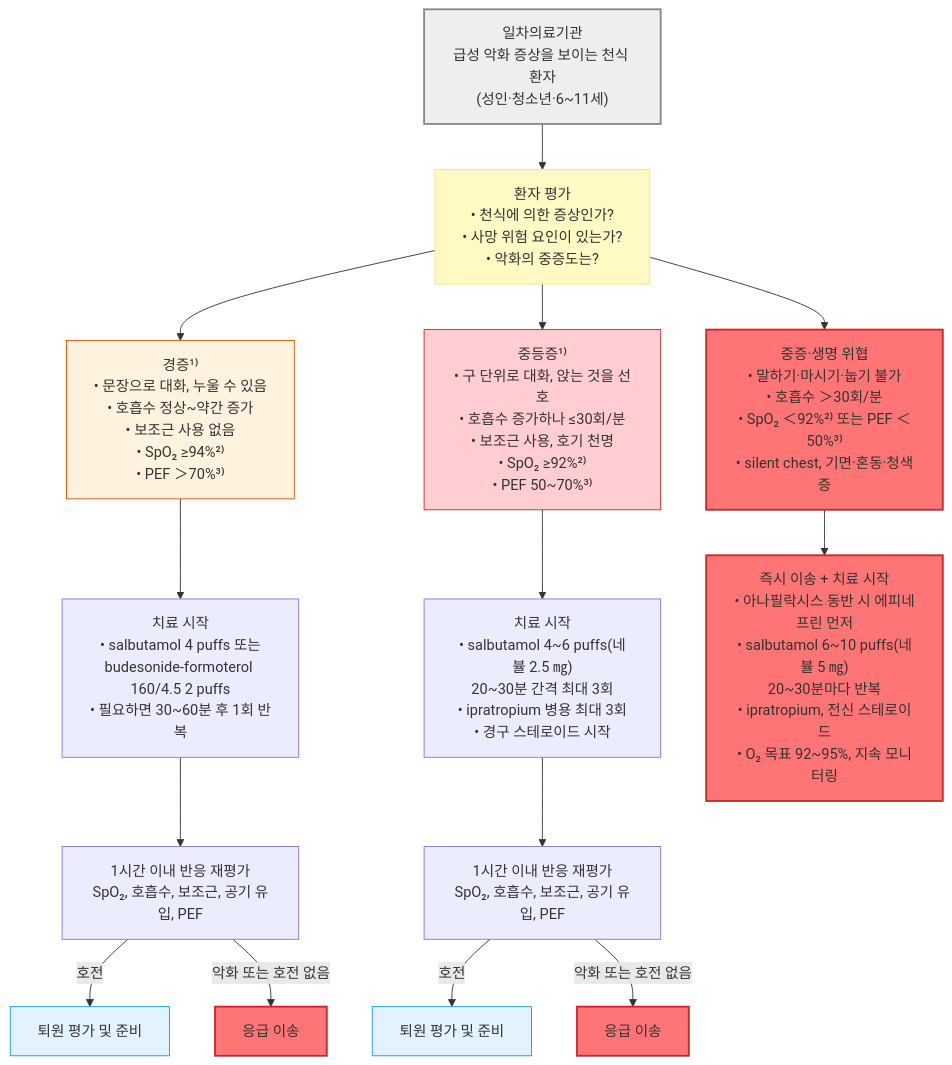
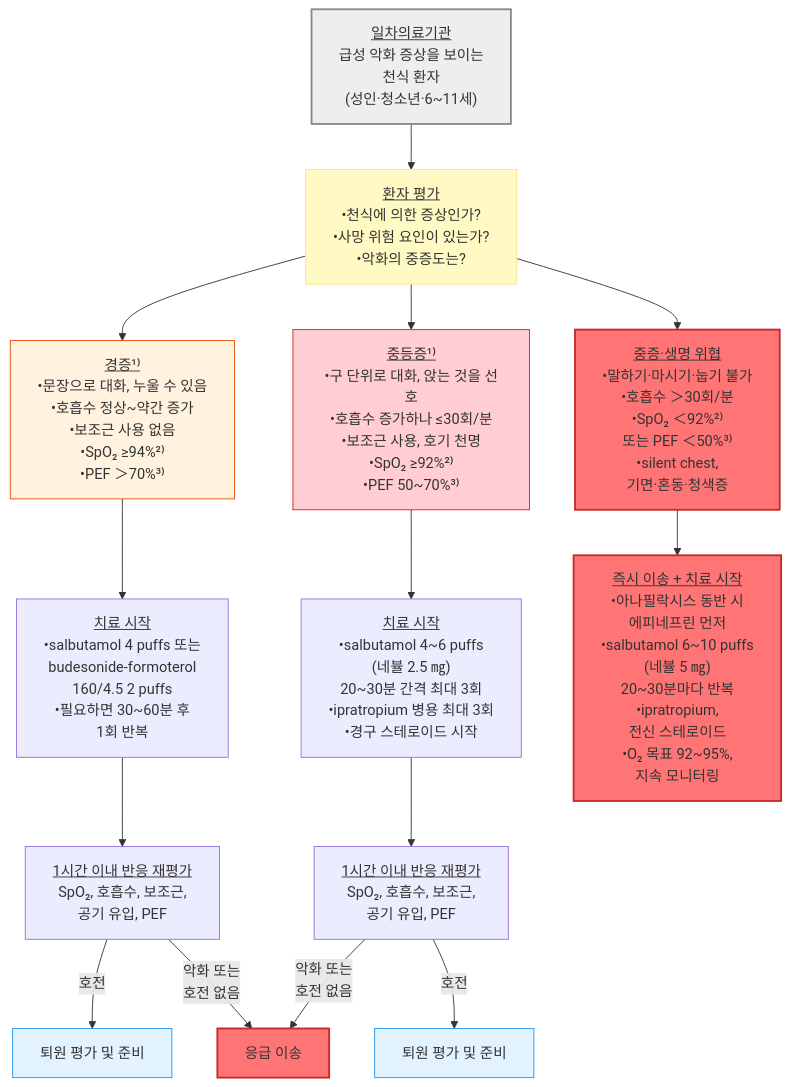
The fourth of 4 diagrams in 223_/071_-asthma.md (familyoh77/familyoh77), drawn with Mermaid before and after one commit. The commit also changed other lines of this file, not shown here.

````diff
--- a/223_/071_-asthma.md
+++ b/223_/071_-asthma.md
@@ -1131,39 +1096,38 @@
 ```mermaid
 flowchart TD
-    Start["일차의료기관<br/>급성 악화 증상을 보이는 천식 환자<br/>(성인·청소년·6~11세)"]
-    B["환자 평가<br/>• 천식에 의한 증상인가?<br/>• 사망 위험 요인이 있는가?<br/>• 악화의 중증도는?"]
-    C["경증¹⁾<br/>• 문장으로 대화, 누울 수 있음<br/>• 호흡수 정상~약간 증가<br/>• 보조근 사용 없음<br/>• SpO₂ ≥94%²⁾<br/>• PEF ＞70%³⁾"]
-    D["중등증¹⁾<br/>• 구 단위로 대화, 앉는 것을 선호<br/>• 호흡수 증가하나 ≤30회/분<br/>• 보조근 사용, 호기 천명<br/>• SpO₂ ≥92%²⁾<br/>• PEF 50~70%³⁾"]
-    E["중증·생명 위협<br/>• 말하기·마시기·눕기 불가<br/>• 호흡수 ＞30회/분<br/>• SpO₂ ＜92%²⁾ 또는 PEF ＜50%³⁾<br/>• silent chest, 기면·혼동·청색증"]
-    H1["치료 시작<br/>• salbutamol 4 puffs 또는<br/>budesonide-formoterol 160/4.5 2 puffs<br/>• 필요하면 30~60분 후 1회 반복"]
-    H2["치료 시작<br/>• salbutamol 4~6 puffs(네뷸 2.5 ㎎)<br/>20~30분 간격 최대 3회<br/>• ipratropium 병용 최대 3회<br/>• 경구 스테로이드 시작"]
-    F["즉시 이송 + 치료 시작<br/>• 아나필락시스 동반 시 에피네프린 먼저<br/>• salbutamol 6~10 puffs(네뷸 5 ㎎)<br/>20~30분마다 반복<br/>• ipratropium, 전신 스테로이드<br/>• O₂ 목표 92~95%, 지속 모니터링"]
-    R1["1시간 이내 반응 재평가<br/>SpO₂, 호흡수, 보조근, 공기 유입, PEF"]
-    R2["1시간 이내 반응 재평가<br/>SpO₂, 호흡수, 보조근, 공기 유입, PEF"]
+    Start["<u>일차의료기관</u><br/>급성 악화 증상을 보이는 <br/>천식 환자<br/>(성인·청소년·6~11세)"]
+    B["<u>환자 평가</u><br/>•천식에 의한 증상인가?<br/>•사망 위험 요인이 있는가?<br/>•악화의 중증도는?"]
+    C["<u>경증¹⁾</u><br/>•문장으로 대화, 누울 수 있음<br/>•호흡수 정상~약간 증가<br/>•보조근 사용 없음<br/>•SpO₂ ≥94%²⁾<br/>•PEF ＞70%³⁾"]
+    D["<u>중등증¹⁾</u><br/>•구 단위로 대화, 앉는 것을 선호<br/>•호흡수 증가하나 ≤30회/분<br/>•보조근 사용, 호기 천명<br/>•SpO₂ ≥92%²⁾<br/>•PEF 50~70%³⁾"]
+    E["<u>중증·생명 위협</u><br/>•말하기·마시기·눕기 불가<br/>•호흡수 ＞30회/분<br/>•SpO₂ ＜92%²⁾ <br/>또는 PEF ＜50%³⁾<br/>•silent chest, <br/>기면·혼동·청색증"]
+    H1["<u>치료 시작</u><br/>•salbutamol 4 puffs 또는<br/>budesonide-formoterol <br/>160/4.5 2 puffs<br/>•필요하면 30~60분 후 <br/>1회 반복"]
+    H2["<u>치료 시작</u><br/>•salbutamol 4~6 puffs<br/>(네뷸 2.5 ㎎)<br/>20~30분 간격 최대 3회<br/>•ipratropium 병용 최대 3회<br/>•경구 스테로이드 시작"]
+    F["<u>즉시 이송 + 치료 시작</u><br/>•아나필락시스 동반 시 <br/>에피네프린 먼저<br/>•salbutamol 6~10 puffs<br/>(네뷸 5 ㎎)<br/>20~30분마다 반복<br/>•ipratropium, <br/>전신 스테로이드<br/>•O₂ 목표 92~95%, <br/>지속 모니터링"]
+    R1["<u>1시간 이내 반응 재평가</u><br/>SpO₂, 호흡수, 보조근, <br/>공기 유입, PEF"]
+    R2["<u>1시간 이내 반응 재평가</u><br/>SpO₂, 호흡수, 보조근, <br/>공기 유입, PEF"]
     F1["응급 이송"]
-    F2["응급 이송"]
     K1["퇴원 평가 및 준비"]
     K2["퇴원 평가 및 준비"]
     Start --> B
     B --> C
     B --> D
     B --> E
     C --> H1
     D --> H2
     E --> F
     H1 --> R1
     H2 --> R2
     R1 -- "호전" --> K1
-    R1 -- "악화 또는 호전 없음" --> F1
+    R1 -- "악화 또는 <br/>호전 없음" --> F1
+    R2 -- "악화 또는 <br/>호전 없음" --> F1
     R2 -- "호전" --> K2
-    R2 -- "악화 또는 호전 없음" --> F2
     classDef question fill:#fff9c4,stroke:#ffe082
     classDef red fill:#ff7575,stroke:#c62828,stroke-width:2px
     classDef blue fill:#e3f2ff,stroke:#2196f3
     class B question
-    class E,F,F1,F2 red
+    class E,F,F1 red
     class K1,K2 blue
     style Start fill:#eeeeee,stroke:#888888,stroke-width:2px
     style C fill:#fff3e0,stroke:#e65100,stroke-width:1px
     style D fill:#ffcdd2,stroke:#c62828,stroke-width:1px
 ```
````
